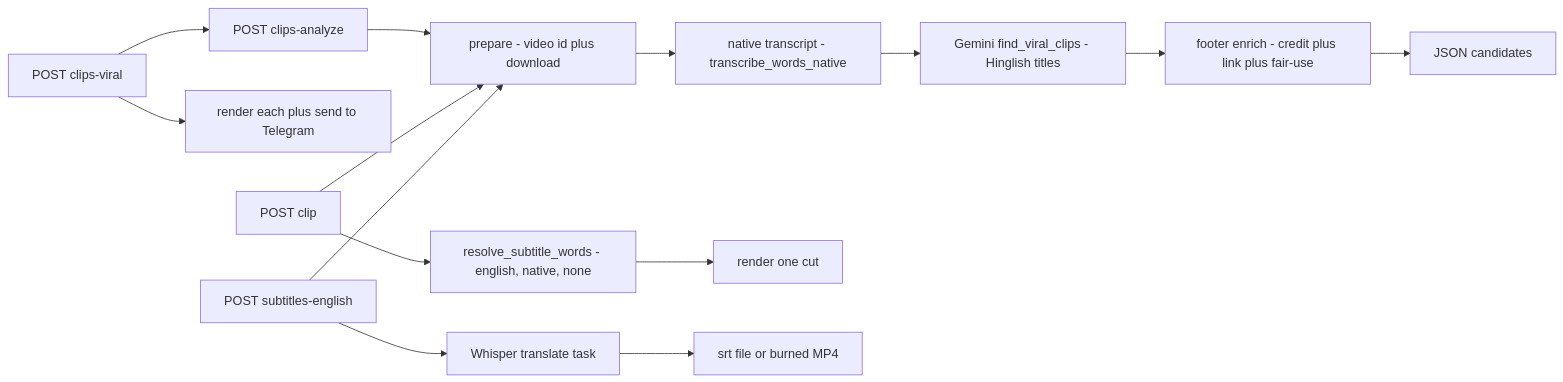
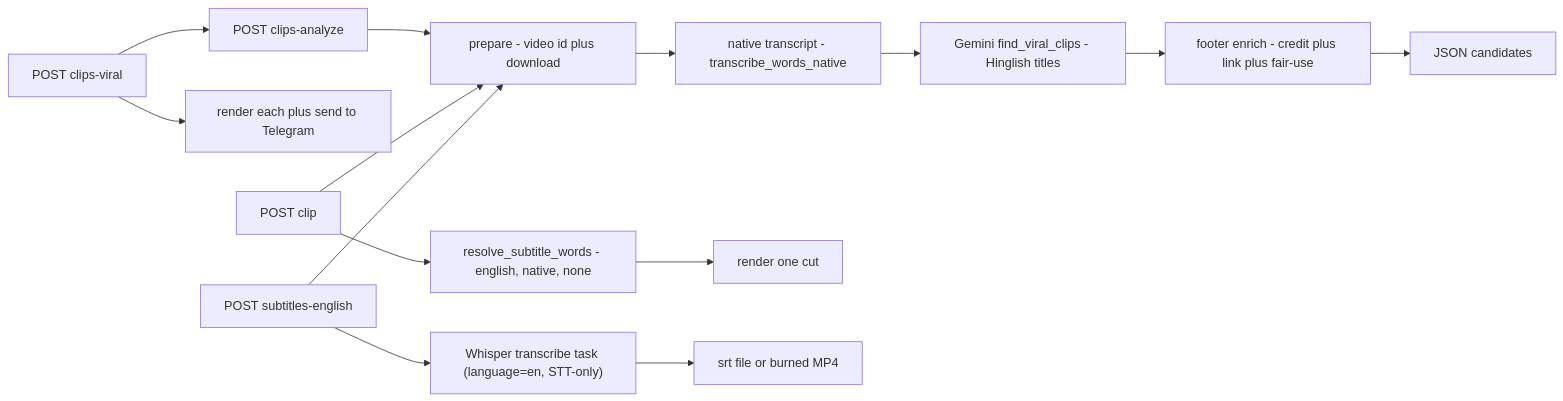
Before and after one commit to nikhilsaini93/autoclips-python: the third of 8 diagrams in docs/APP_FLOW.md, drawn with Mermaid. The commit also changed other lines of this file and 5 other files, not shown here.

````diff
--- a/docs/APP_FLOW.md
+++ b/docs/APP_FLOW.md
@@ -117,16 +117,16 @@
 ```mermaid
 flowchart LR
     A["POST clips-analyze"] --> P["prepare - video id plus download"]
     P --> N["native transcript - transcribe_words_native"]
     N --> G["Gemini find_viral_clips - Hinglish titles"]
     G --> F["footer enrich - credit plus link plus fair-use"]
     F --> J["JSON candidates"]
     V["POST clips-viral"] --> A
     V --> R["render each plus send to Telegram"]
     C["POST clip"] --> P
     C --> S["resolve_subtitle_words - english, native, none"]
     S --> R2["render one cut"]
     E["POST subtitles-english"] --> P
-    E --> T["Whisper translate task"]
+    E --> T["Whisper transcribe task (language=en, STT-only)"]
     T --> O["srt file or burned MP4"]
 ```
````
